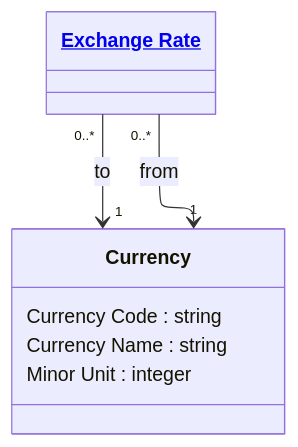
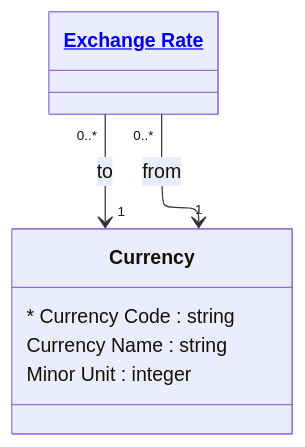
Before and after one commit to Semprini/md-ddl: the diagram in examples/Financial Crime/entities/currency.md, drawn with Mermaid. The commit also changed 60 other files, not shown here.

````diff
--- a/examples/Financial Crime/entities/currency.md
+++ b/examples/Financial Crime/entities/currency.md
@@ -9,17 +9,17 @@
 ```mermaid
 ---
 config:
   layout: elk
 ---
 classDiagram
   class Currency{
-    Currency Code : string
+    * Currency Code : string
     Currency Name : string
     Minor Unit : integer
   }
 
   ExchangeRate "0..*" --> "1" Currency : from
   ExchangeRate "0..*" --> "1" Currency : to
 
   class ExchangeRate["<a href='exchange-rate.md'>Exchange Rate</a>"]
 ```
````
